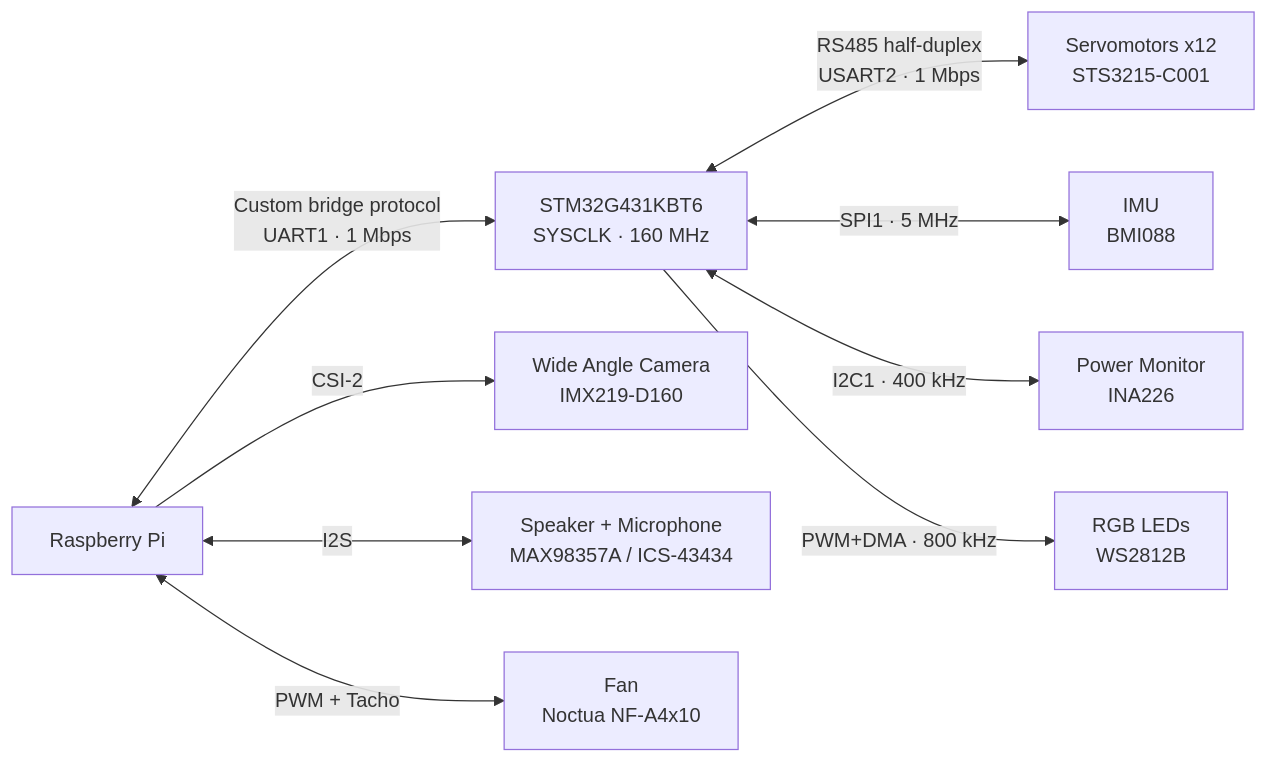
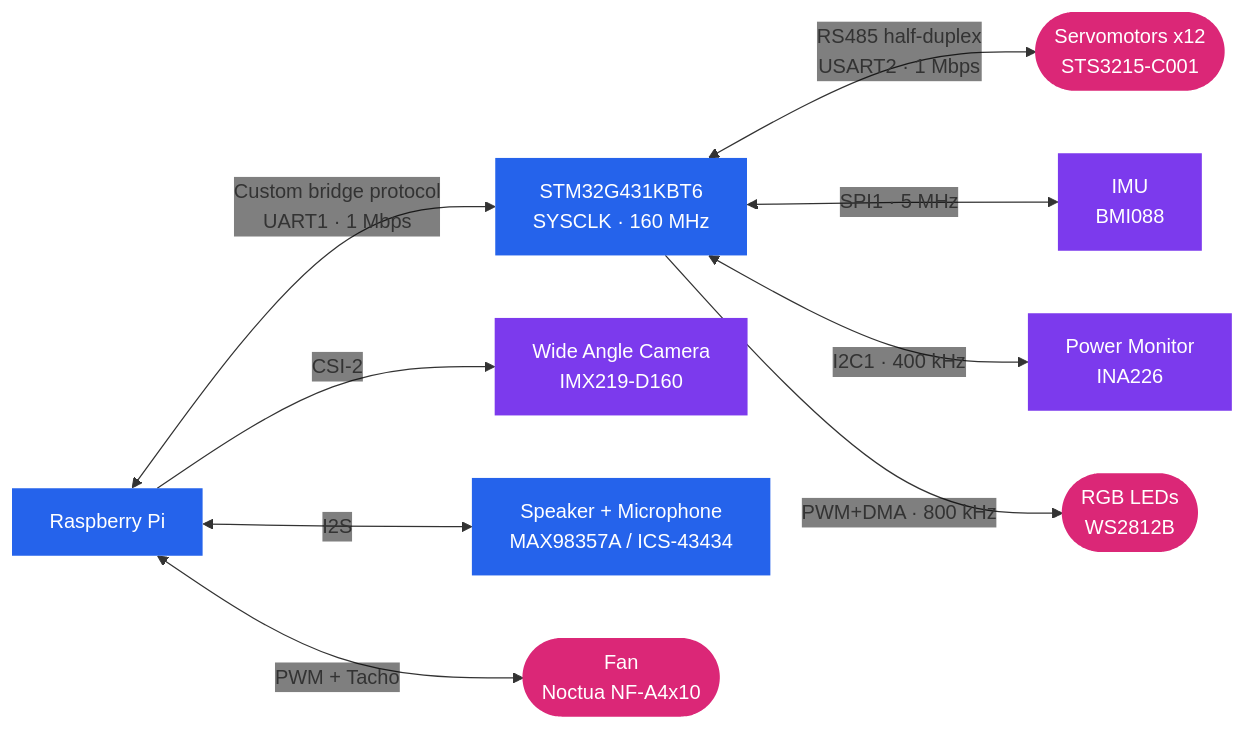
Before and after one commit to Mowibox/chromapi_motherboard: the second of 2 diagrams in README.md, drawn with Mermaid. The commit also changed other lines of this file, not shown here.

````diff
--- a/README.md
+++ b/README.md
@@ -109,22 +122,31 @@
 ```mermaid
+%%{init: {'themeVariables': {'edgeLabelBackground':'transparent'}}}%%
 flowchart LR
     RPI["Raspberry Pi"]
     MCU["STM32G431KBT6<br/>SYSCLK · 160 MHz"]
-    SERVOS["Servomotors x12<br/>STS3215-C001"]
+    SERVOS(["Servomotors x12<br/>STS3215-C001"])
     IMU["IMU<br/>BMI088"]
     PWR["Power Monitor<br/>INA226"]
-    LED["RGB LEDs<br/>WS2812B"]
+    LED(["RGB LEDs<br/>WS2812B"])
     CAM["Wide Angle Camera<br/>IMX219-D160"]
     AUDIO["Speaker + Microphone<br/>MAX98357A / ICS-43434"]
-    FAN["Fan<br/>Noctua NF-A4x10"]
+    FAN(["Fan<br/>Noctua NF-A4x10"])
 
     RPI <-->|"Custom bridge protocol<br/>UART1 · 1 Mbps"| MCU
     MCU <-->|"RS485 half-duplex<br/>USART2 · 1 Mbps "| SERVOS
     MCU <-->|"SPI1 · 5 MHz"| IMU
     MCU <-->|"I2C1 · 400 kHz"| PWR
     MCU -->|"PWM+DMA · 800 kHz"| LED
 
     RPI -->|"CSI-2"| CAM
     RPI <-->|"I2S"| AUDIO
     RPI <-->|"PWM + Tacho"| FAN
+
+    classDef ic fill:#2563eb,color:#ffffff,stroke:none
+    classDef actuator fill:#db2777,color:#ffffff,stroke:none
+    classDef sensor fill:#7c3aed,color:#ffffff,stroke:none
+
+    class RPI,MCU,AUDIO ic
+    class SERVOS,LED,FAN actuator
+    class IMU,PWR,CAM sensor
 ```
````
